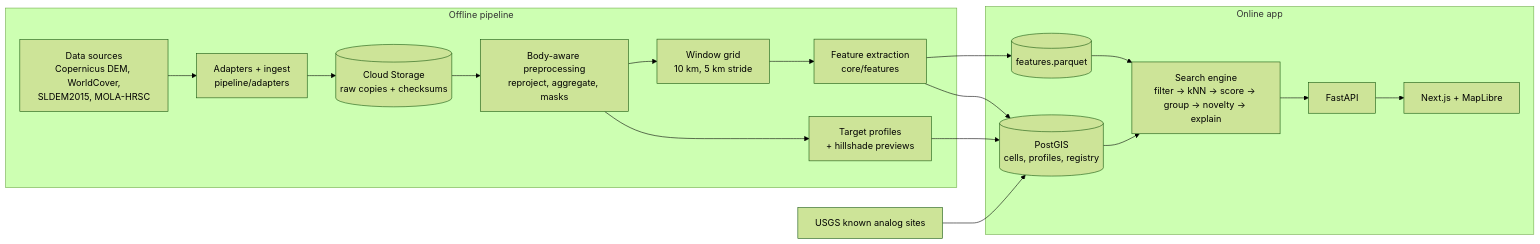
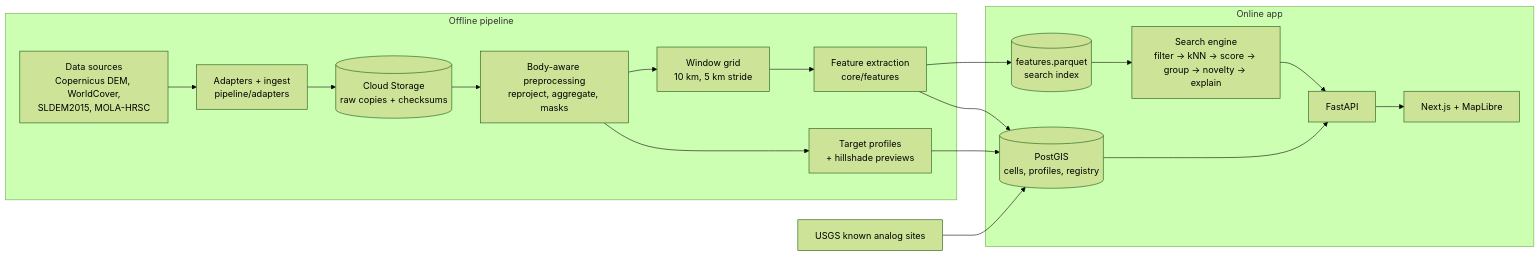
The diagram in docs/ARCHITECTURE.md (abubakar-usman/field-beyond), drawn with Mermaid (forest theme) before and after one commit. The commit also changed other lines of this file and 22 other files, not shown here.

````diff
--- a/docs/ARCHITECTURE.md
+++ b/docs/ARCHITECTURE.md
@@ -11,21 +11,21 @@
 ```mermaid
 flowchart LR
     subgraph Offline pipeline
         SRC[Data sources<br/>Copernicus DEM, WorldCover,<br/>SLDEM2015, MOLA-HRSC] --> ING[Adapters + ingest<br/>pipeline/adapters]
         ING --> RAW[(Cloud Storage<br/>raw copies + checksums)]
         RAW --> PRE[Body-aware preprocessing<br/>reproject, aggregate, masks]
         PRE --> WIN[Window grid<br/>10 km, 5 km stride]
         WIN --> FEA[Feature extraction<br/>core/features]
         PRE --> TGT[Target profiles<br/>+ hillshade previews]
     end
     FEA --> DB[(PostGIS<br/>cells, profiles, registry)]
-    FEA --> PQ[(features.parquet)]
+    FEA --> PQ[(features.parquet<br/>search index)]
     TGT --> DB
     REG[USGS known analog sites] --> DB
     subgraph Online app
         PQ --> SRCH[Search engine<br/>filter → kNN → score → group → novelty → explain]
-        DB --> SRCH
         SRCH --> API[FastAPI]
+        DB --> API
         API --> UI[Next.js + MapLibre]
     end
 ```
````
